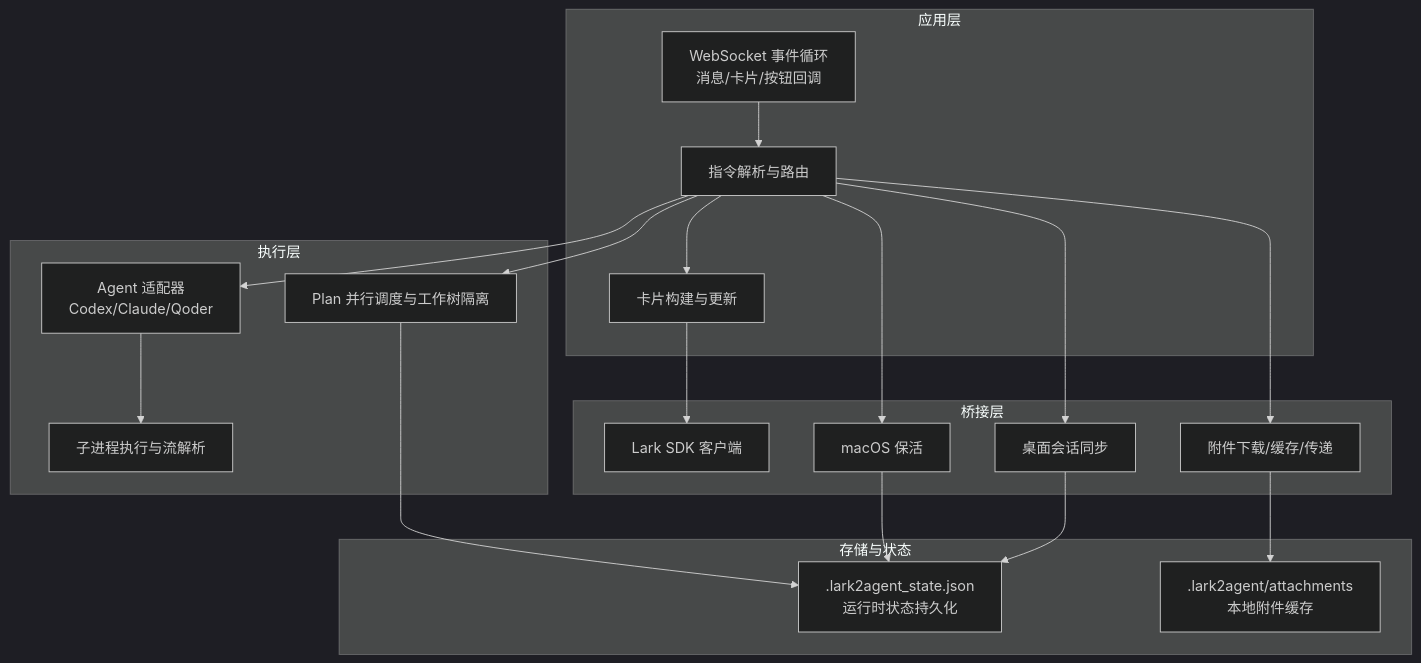
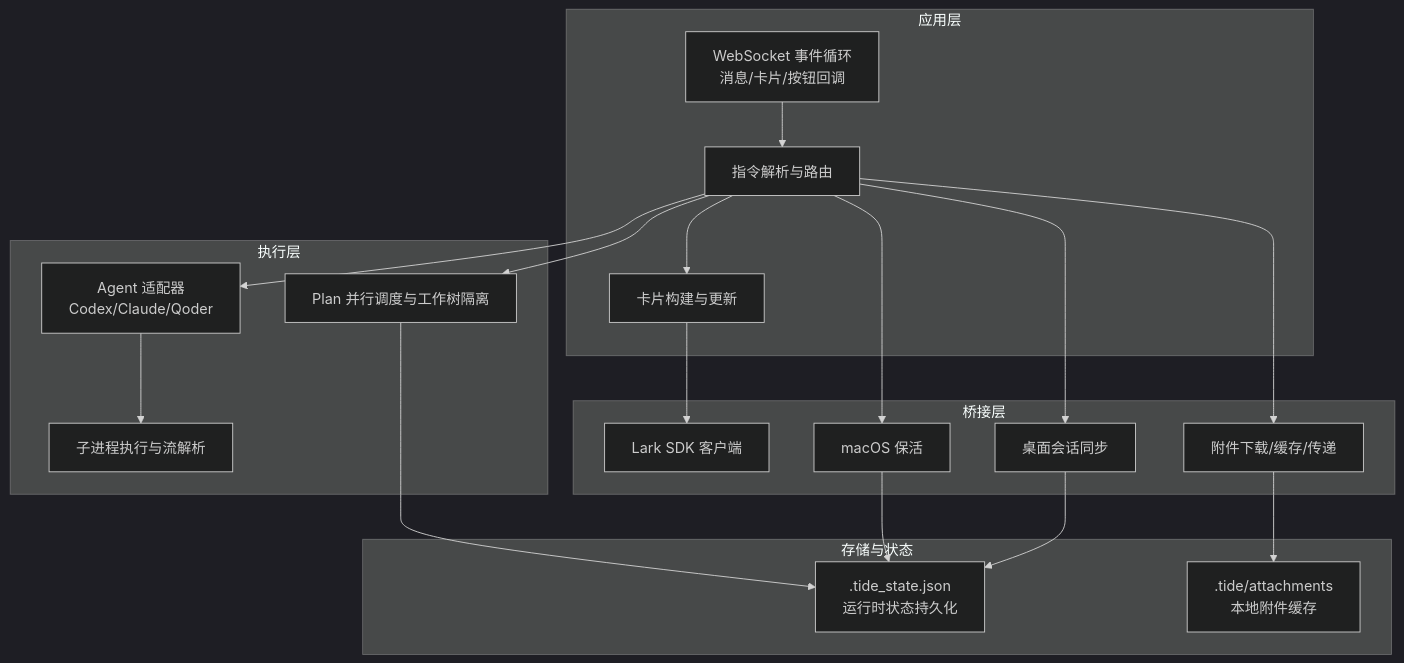
The first of 7 diagrams in .qoder/repowiki/zh/content/高级特性/高级特性.md (winditer/tide), drawn with Mermaid (dark theme) before and after one commit. The commit also changed other lines of this file and 260 other files, not shown here.

````diff
--- a/.qoder/repowiki/zh/content/高级特性/高级特性.md
+++ b/.qoder/repowiki/zh/content/高级特性/高级特性.md
@@ -31,34 +31,34 @@
 ```mermaid
 graph TB
 subgraph "应用层"
 WS["WebSocket 事件循环<br/>消息/卡片/按钮回调"]
 CMD["指令解析与路由"]
 CARD["卡片构建与更新"]
 end
 subgraph "桥接层"
 LARKSDK["Lark SDK 客户端"]
 ATTACH["附件下载/缓存/传递"]
 SYNC["桌面会话同步"]
 AWAKE["macOS 保活"]
 end
 subgraph "执行层"
 ADAPTER["Agent 适配器<br/>Codex/Claude/Qoder"]
 PROC["子进程执行与流解析"]
 PLAN["Plan 并行调度与工作树隔离"]
 end
 subgraph "存储与状态"
-STATE[".lark2agent_state.json<br/>运行时状态持久化"]
-ATTDIR[".lark2agent/attachments<br/>本地附件缓存"]
+STATE[".tide_state.json<br/>运行时状态持久化"]
+ATTDIR[".tide/attachments<br/>本地附件缓存"]
 end
 WS --> CMD --> CARD
 CMD --> ATTACH
 CMD --> SYNC
 CMD --> AWAKE
 CMD --> ADAPTER --> PROC
 CMD --> PLAN
 CARD --> LARKSDK
 ATTACH --> ATTDIR
 SYNC --> STATE
 AWAKE --> STATE
 PLAN --> STATE
 ```
````
